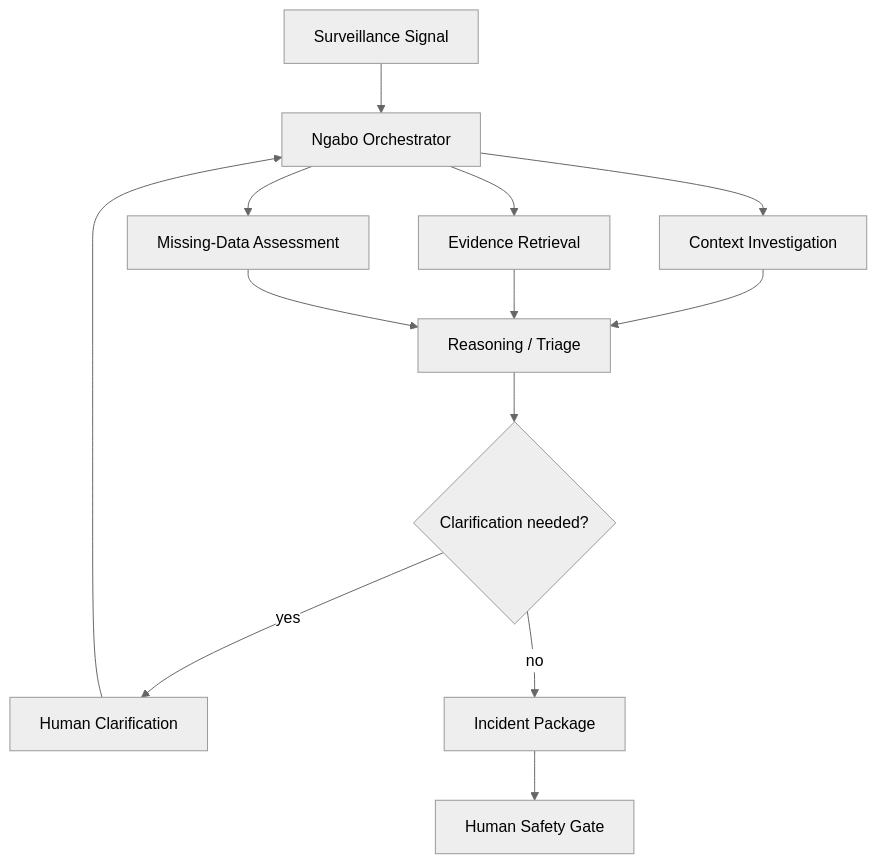
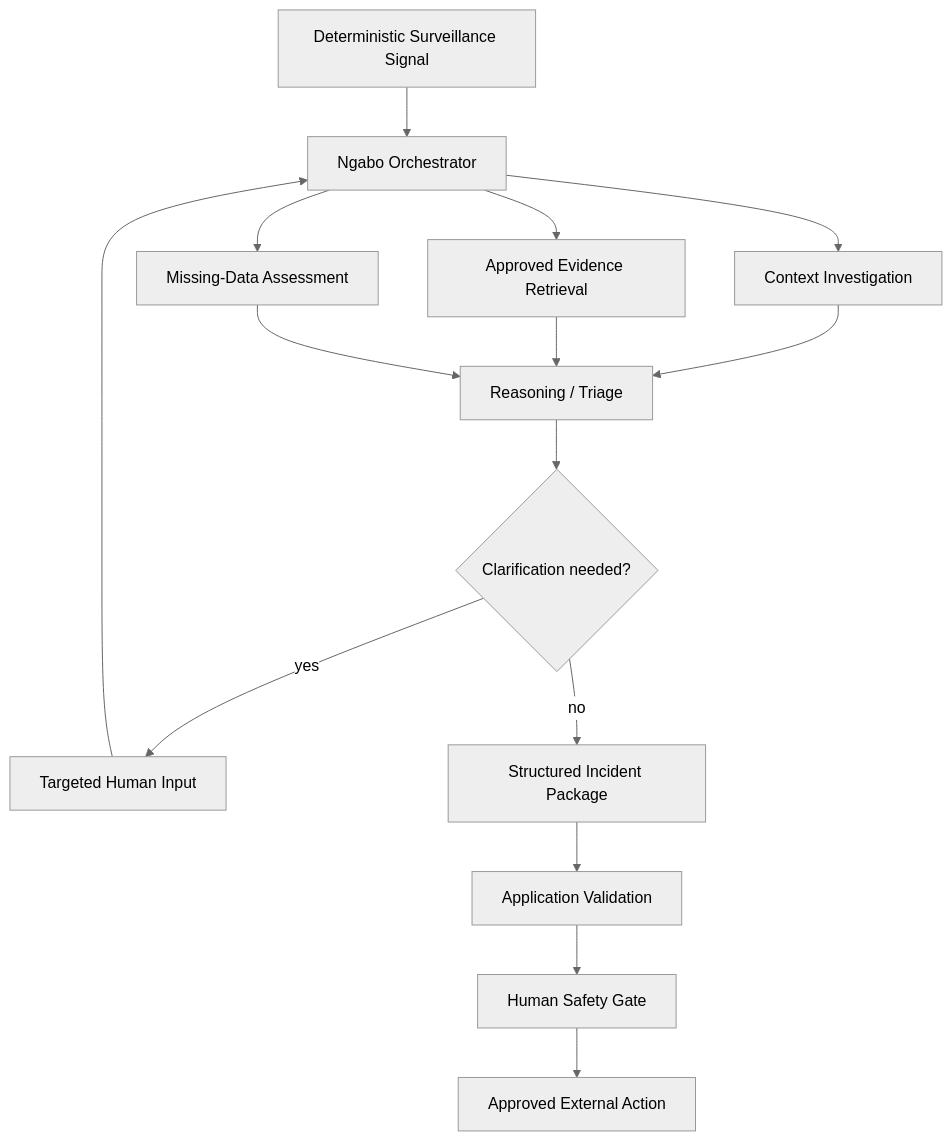
Before and after one commit to ronnielutaro/Ngabo-AMR-Surveillance: the diagram in docs/AGENT_ARCHITECTURE.md, drawn with Mermaid (neutral theme). The commit also changed other lines of this file, not shown here.

Commit message:
docs(agent): add resumability evals and semantic evidence retrieval

````diff
--- a/docs/AGENT_ARCHITECTURE.md
+++ b/docs/AGENT_ARCHITECTURE.md
@@ -39,15 +47,17 @@
 ```mermaid
 flowchart TD
-    S[Surveillance Signal] --> O[Ngabo Orchestrator]
+    S[Deterministic Surveillance Signal] --> O[Ngabo Orchestrator]
     O --> C[Context Investigation]
-    O --> E[Evidence Retrieval]
+    O --> E[Approved Evidence Retrieval]
     O --> M[Missing-Data Assessment]
     C --> R[Reasoning / Triage]
     E --> R
     M --> R
     R --> Q{Clarification needed?}
-    Q -- yes --> H[Human Clarification]
+    Q -- yes --> H[Targeted Human Input]
     H --> O
-    Q -- no --> P[Incident Package]
-    P --> G[Human Safety Gate]
+    Q -- no --> P[Structured Incident Package]
+    P --> V[Application Validation]
+    V --> G[Human Safety Gate]
+    G --> A[Approved External Action]
 ```
````
